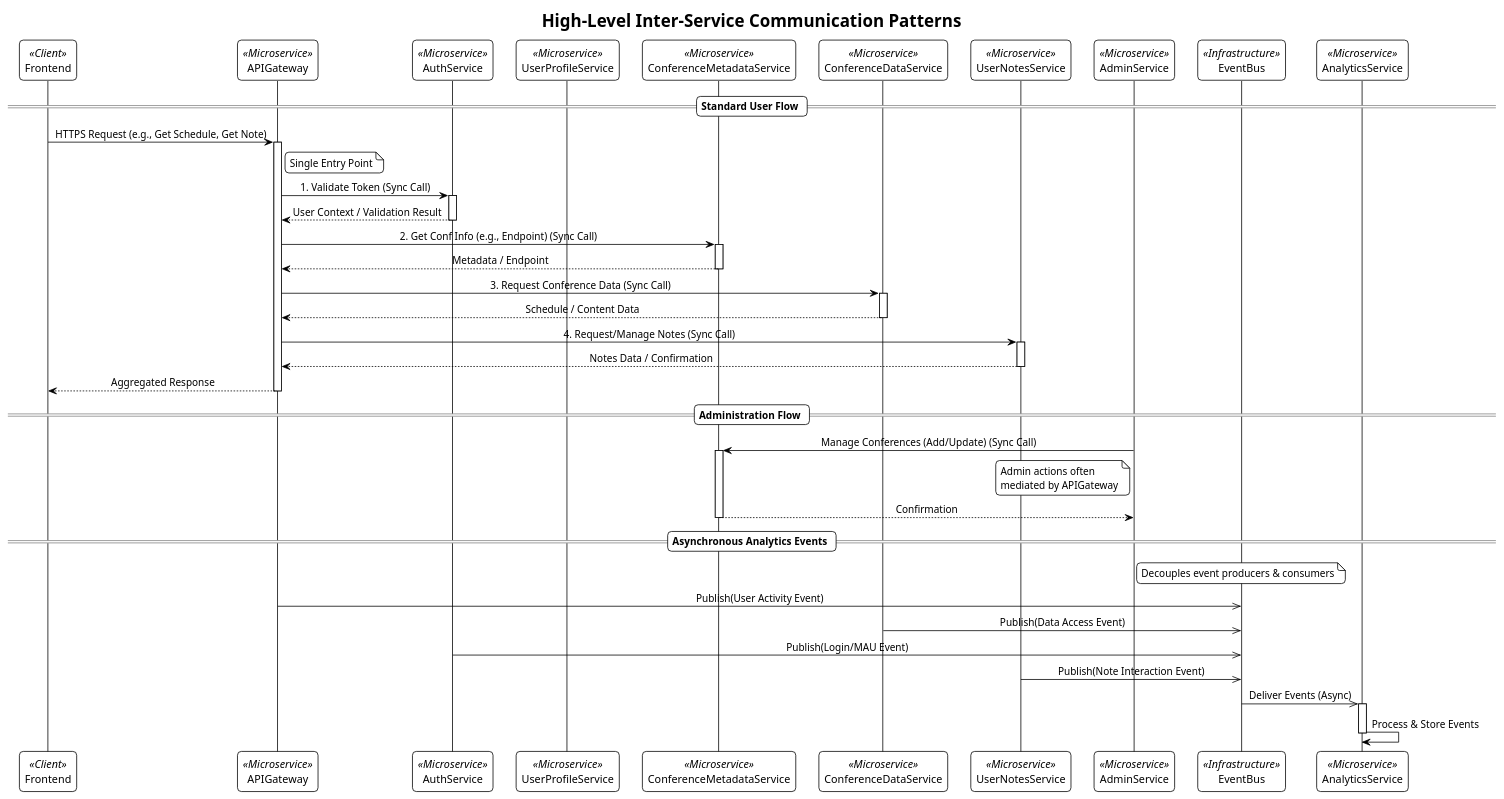
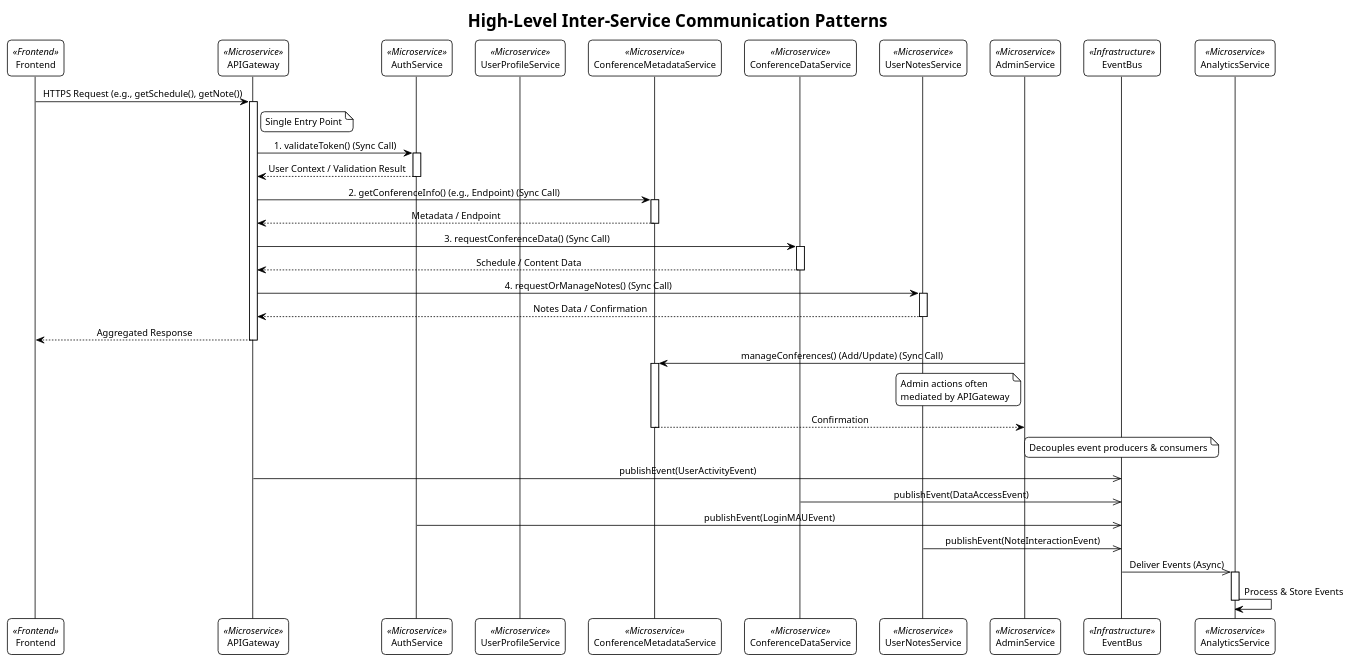
One commit to Guillermode20/softarch2-uni-work changed the diagram in process/process-interservice-communication.puml. Above: the diagram before and after it, drawn with PlantUML. The commit also changed 6 other files, not shown here.

First line of the commit message:
docs: Align PlantUML diagrams with style guide

```diff
--- a/process/process-interservice-communication.puml
+++ b/process/process-interservice-communication.puml
@@ -1,77 +1,86 @@
-@startuml
+@startuml InterServiceCommunicationPatterns
 !theme plain
 skinparam ClassAttributeIconSize 0
 skinparam roundcorner 10
 skinparam sequenceMessageAlign center
+skinparam DefaultFontName "Arial"
+skinparam DefaultFontSize 12
+skinparam shadowing false
 title High-Level Inter-Service Communication Patterns
 
 ' ===== Participants =====
-participant Frontend <<Client>>
+participant Frontend <<Frontend>>
 participant APIGateway <<Microservice>>
 participant AuthService <<Microservice>>
 participant UserProfileService <<Microservice>>
 participant ConferenceMetadataService <<Microservice>>
 participant ConferenceDataService <<Microservice>>
 participant UserNotesService <<Microservice>>
 participant AdminService <<Microservice>>
 participant EventBus <<Infrastructure>>
 participant AnalyticsService <<Microservice>>
 
 ' ===== Standard User Flow =====
-== Standard User Flow ==
+' == Standard User Flow ==
+' Using single quote comments for sections as per style guide
+' ===== Standard User Flow =====
 
-Frontend -> APIGateway : HTTPS Request (e.g., Get Schedule, Get Note)
+Frontend -> APIGateway : HTTPS Request (e.g., getSchedule(), getNote())
 note right of APIGateway : Single Entry Point
 
 activate APIGateway
-APIGateway -> AuthService : 1. Validate Token (Sync Call)
+APIGateway -> AuthService : 1. validateToken() (Sync Call)
 activate AuthService
 AuthService --> APIGateway : User Context / Validation Result
 deactivate AuthService
 
-APIGateway -> ConferenceMetadataService : 2. Get Conf Info (e.g., Endpoint) (Sync Call)
+APIGateway -> ConferenceMetadataService : 2. getConferenceInfo() (e.g., Endpoint) (Sync Call)
 activate ConferenceMetadataService
 ConferenceMetadataService --> APIGateway : Metadata / Endpoint
 deactivate ConferenceMetadataService
 
-APIGateway -> ConferenceDataService : 3. Request Conference Data (Sync Call)
+APIGateway -> ConferenceDataService : 3. requestConferenceData() (Sync Call)
 activate ConferenceDataService
 ConferenceDataService --> APIGateway : Schedule / Content Data
 deactivate ConferenceDataService
 
-APIGateway -> UserNotesService : 4. Request/Manage Notes (Sync Call)
+APIGateway -> UserNotesService : 4. requestOrManageNotes() (Sync Call)
 activate UserNotesService
 UserNotesService --> APIGateway : Notes Data / Confirmation
 deactivate UserNotesService
 
 ' Note: Gateway might also call UserProfileService, etc. depending on request
 
 APIGateway --> Frontend : Aggregated Response
 deactivate APIGateway
 
 ' ===== Administration Flow =====
-== Administration Flow ==
+' == Administration Flow ==
+' Using single quote comments for sections as per style guide
+' ===== Administration Flow =====
 
 ' Admin interactions typically also go via API Gateway, but show logical need here
-AdminService -> ConferenceMetadataService : Manage Conferences (Add/Update) (Sync Call)
+AdminService -> ConferenceMetadataService : manageConferences() (Add/Update) (Sync Call)
 note left of AdminService : Admin actions often\nmediated by APIGateway
 activate ConferenceMetadataService
 ConferenceMetadataService --> AdminService : Confirmation
 deactivate ConferenceMetadataService
 
 ' ===== Asynchronous Analytics Events =====
-== Asynchronous Analytics Events ==
+' == Asynchronous Analytics Events ==
+' Using single quote comments for sections as per style guide
+' ===== Asynchronous Analytics Events =====
 
 note over EventBus : Decouples event producers & consumers
 
-APIGateway ->> EventBus : Publish(User Activity Event)
-ConferenceDataService ->> EventBus : Publish(Data Access Event)
-AuthService ->> EventBus : Publish(Login/MAU Event)
-UserNotesService ->> EventBus : Publish(Note Interaction Event)
+APIGateway ->> EventBus : publishEvent(UserActivityEvent)
+ConferenceDataService ->> EventBus : publishEvent(DataAccessEvent)
+AuthService ->> EventBus : publishEvent(LoginMAUEvent)
+UserNotesService ->> EventBus : publishEvent(NoteInteractionEvent)
 ' Other services might also publish events
 
 EventBus ->> AnalyticsService : Deliver Events (Async)
 activate AnalyticsService
 AnalyticsService -> AnalyticsService : Process & Store Events
 deactivate AnalyticsService
 @enduml
```
